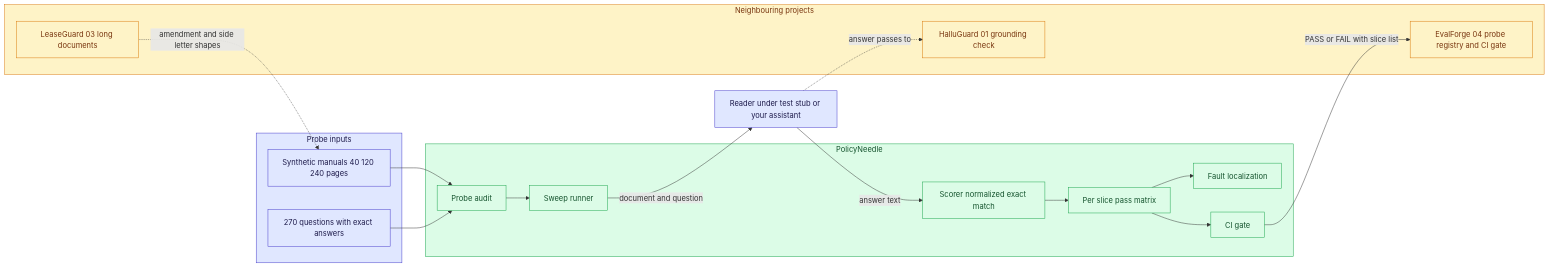
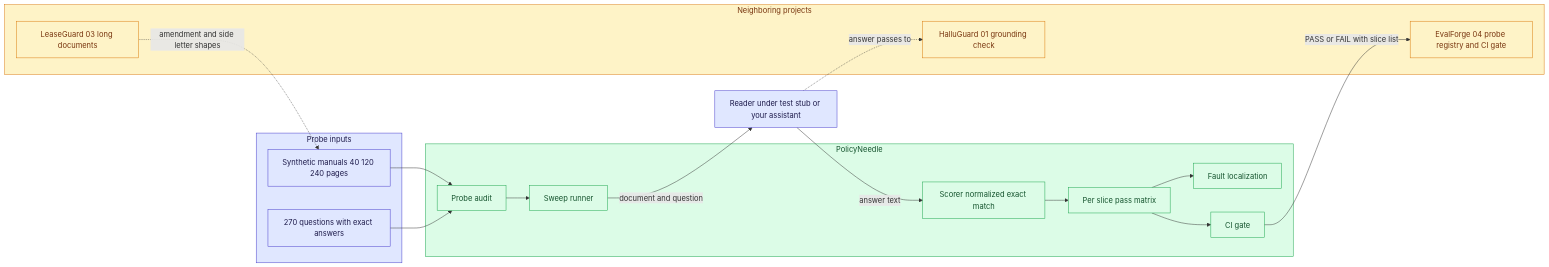
One commit to Vj-shipped-anyway/ai-pm-portfolio changed the first of 2 diagrams in 14-policyneedle-long-context-fidelity/README.md. Above: the diagram before and after it, drawn with Mermaid. The commit also changed other lines of this file and 2 other files, not shown here.

````diff
--- a/14-policyneedle-long-context-fidelity/README.md
+++ b/14-policyneedle-long-context-fidelity/README.md
@@ -436,43 +436,43 @@
 ```mermaid
 flowchart LR
     subgraph INPUTS["Probe inputs"]
         MAN["Synthetic manuals 40 120 240 pages"]
         QS["270 questions with exact answers"]
     end
 
     subgraph NEEDLE["PolicyNeedle"]
         AUDIT["Probe audit"]
         RUN["Sweep runner"]
         SCORE["Scorer normalized exact match"]
         MATRIX["Per slice pass matrix"]
         LOC["Fault localization"]
         GATE["CI gate"]
     end
 
     READER["Reader under test stub or your assistant"]
 
-    subgraph NEIGHBOURS["Neighbouring projects"]
+    subgraph NEIGHBOURS["Neighboring projects"]
         EF["EvalForge 04 probe registry and CI gate"]
         HG["HalluGuard 01 grounding check"]
         LG["LeaseGuard 03 long documents"]
     end
 
     MAN --> AUDIT
     QS --> AUDIT
     AUDIT --> RUN
     RUN -->|document and question| READER
     READER -->|answer text| SCORE
     SCORE --> MATRIX
     MATRIX --> LOC
     MATRIX --> GATE
     GATE -->|PASS or FAIL with slice list| EF
     LG -.->|amendment and side letter shapes| MAN
     READER -.->|answer passes to| HG
 
     classDef existing fill:#e0e7ff,stroke:#4338ca,color:#1e1b4b
     classDef new fill:#dcfce7,stroke:#16a34a,color:#14532d
     classDef nbr fill:#fef3c7,stroke:#d97706,color:#78350f
     class INPUTS,MAN,QS,READER existing
     class NEEDLE,AUDIT,RUN,SCORE,MATRIX,LOC,GATE new
     class NEIGHBOURS,EF,HG,LG nbr
 ```
````
